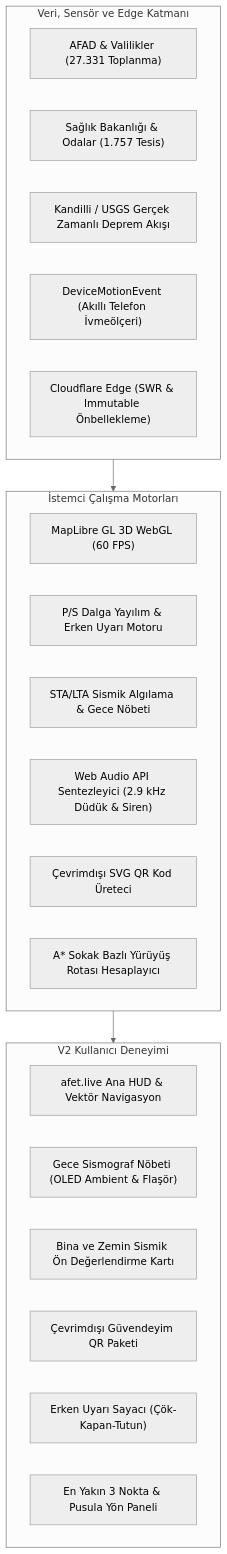
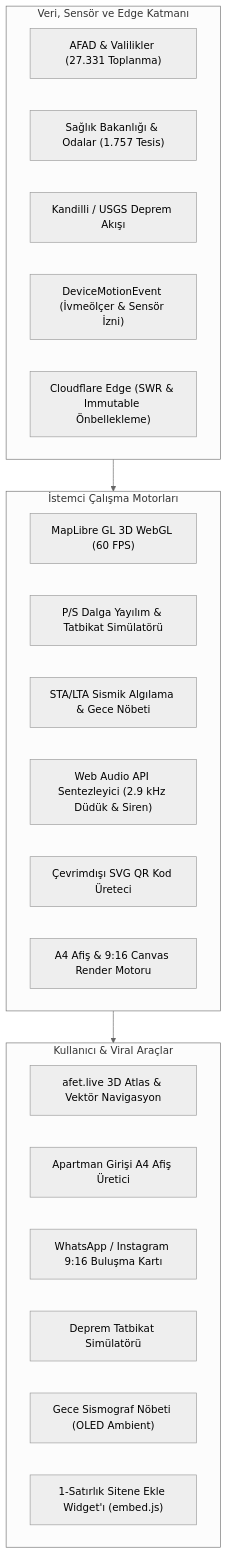
The diagram in README.md (himmetaga/turkiye-afet-haritasi), drawn with Mermaid (neutral theme) before and after one commit. The commit also changed other lines of this file and 18 other files, not shown here.

Commit message:
feat(viral): add 3D Earthquake Drill Simulator, Apartment A4 Poster, Family Story Card & Embed Widget

````diff
--- a/README.md
+++ b/README.md
@@ -108,31 +148,31 @@
 ```mermaid
 flowchart TD
     subgraph DataLayer["Veri, Sensör ve Edge Katmanı"]
         A["AFAD & Valilikler (27.331 Toplanma)"]
         B["Sağlık Bakanlığı & Odalar (1.757 Tesis)"]
-        C["Kandilli / USGS Gerçek Zamanlı Deprem Akışı"]
-        D["DeviceMotionEvent (Akıllı Telefon İvmeölçeri)"]
+        C["Kandilli / USGS Deprem Akışı"]
+        D["DeviceMotionEvent (İvmeölçer & Sensör İzni)"]
         E["Cloudflare Edge (SWR & Immutable Önbellekleme)"]
     end
 
     subgraph CoreEngines["İstemci Çalışma Motorları"]
         F["MapLibre GL 3D WebGL (60 FPS)"]
-        G["P/S Dalga Yayılım & Erken Uyarı Motoru"]
+        G["P/S Dalga Yayılım & Tatbikat Simülatörü"]
         H["STA/LTA Sismik Algılama & Gece Nöbeti"]
         I["Web Audio API Sentezleyici (2.9 kHz Düdük & Siren)"]
         J["Çevrimdışı SVG QR Kod Üreteci"]
-        K["A* Sokak Bazlı Yürüyüş Rotası Hesaplayıcı"]
+        K["A4 Afiş & 9:16 Canvas Render Motoru"]
     end
 
-    subgraph UserInterface["V2 Kullanıcı Deneyimi"]
-        L["afet.live Ana HUD & Vektör Navigasyon"]
-        M["Gece Sismograf Nöbeti (OLED Ambient & Flaşör)"]
-        N["Bina ve Zemin Sismik Ön Değerlendirme Kartı"]
-        O["Çevrimdışı Güvendeyim QR Paketi"]
-        P["Erken Uyarı Sayacı (Çök-Kapan-Tutun)"]
-        Q["En Yakın 3 Nokta & Pusula Yön Paneli"]
+    subgraph UserInterface["Kullanıcı & Viral Araçlar"]
+        L["afet.live 3D Atlas & Vektör Navigasyon"]
+        M["Apartman Girişi A4 Afiş Üretici"]
+        N["WhatsApp / Instagram 9:16 Buluşma Kartı"]
+        O["Deprem Tatbikat Simülatörü"]
+        P["Gece Sismograf Nöbeti (OLED Ambient)"]
+        Q["1-Satırlık Sitene Ekle Widget'ı (embed.js)"]
     end
 
     DataLayer --> CoreEngines
     CoreEngines --> UserInterface
 ```
````
